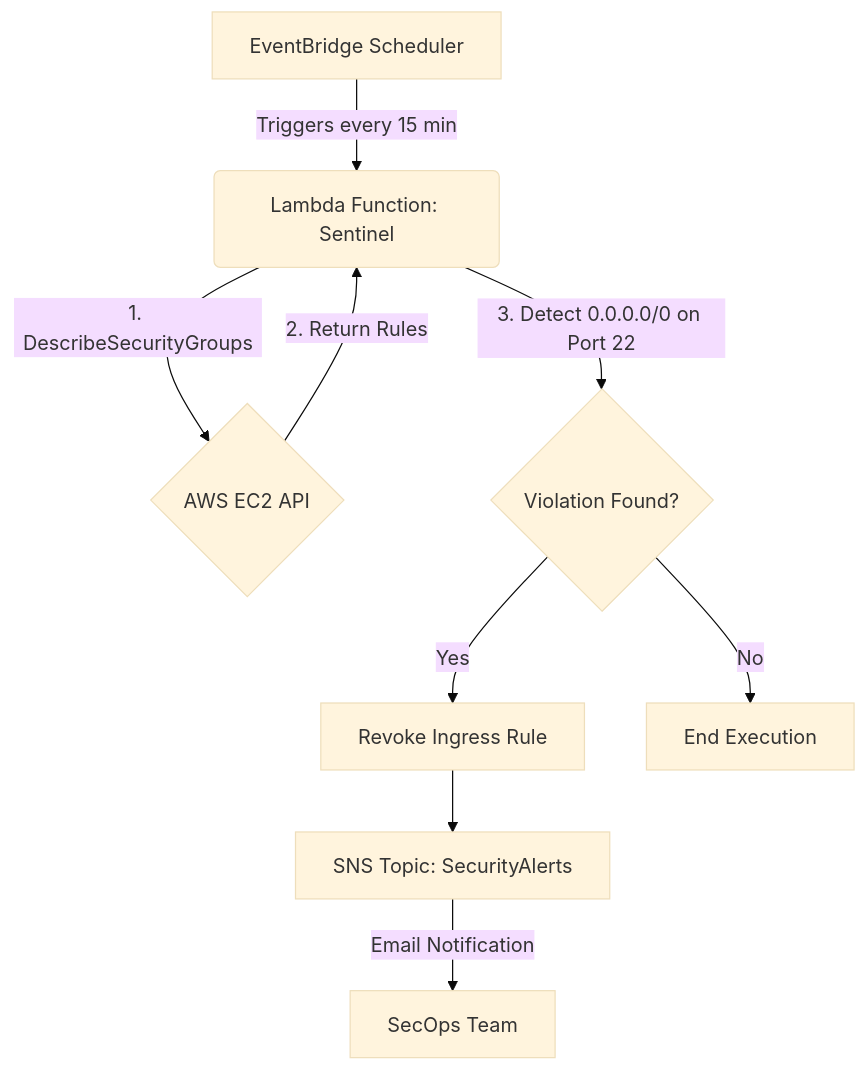
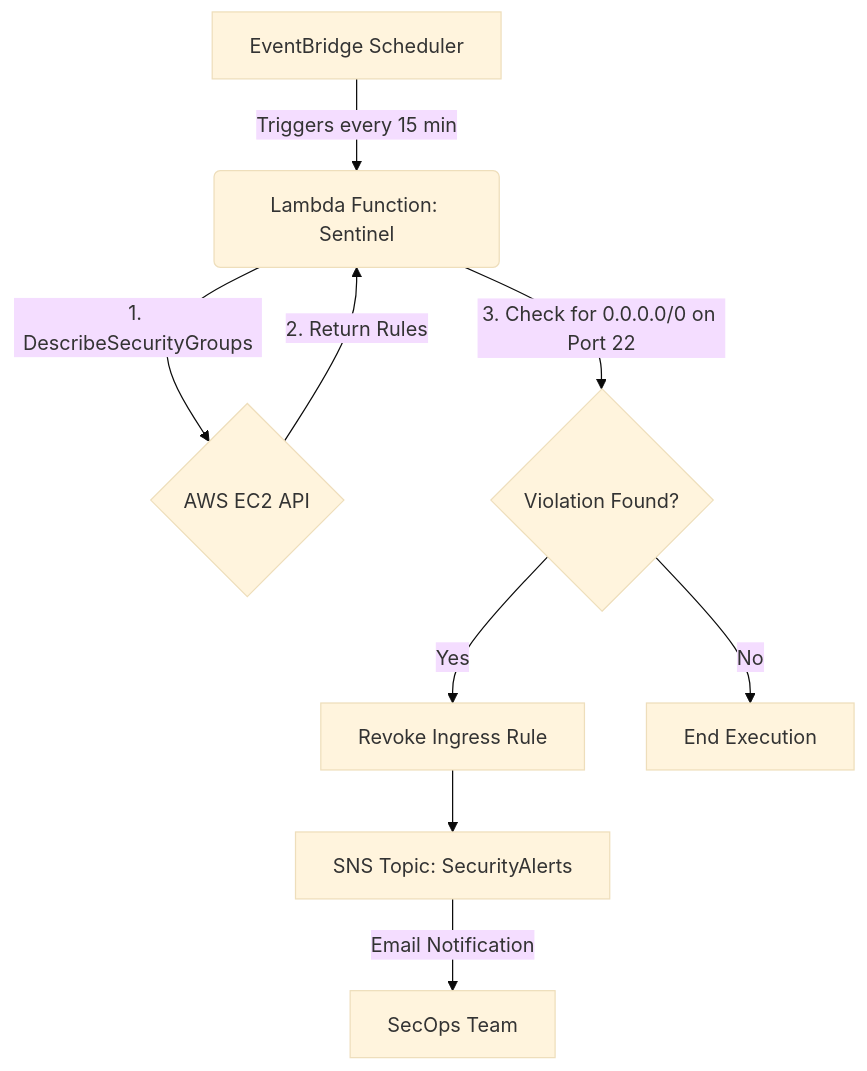
Before and after one commit to ItsA7/aws-automated-compliance-engine: the diagram in README.md, drawn with Mermaid (base theme). The commit also changed other lines of this file, not shown here.

````diff
--- a/README.md
+++ b/README.md
@@ -14,11 +14,11 @@
 ```mermaid
 graph TD
-    A[EventBridge Scheduler] -->|Triggers every 15 min| B(Lambda Function: Sentinel);
-    B -->|1. DescribeSecurityGroups| C{AWS EC2 API};
-    C -->|2. Return Rules| B;
-    B -->|3. Detect 0.0.0.0/0 on Port 22| D{Violation Found?};
-    D -- Yes --> E[Revoke Ingress Rule];
-    E --> F[SNS Topic: SecurityAlerts];
-    F -->|Email Notification| G[SecOps Team];
-    D -- No --> H[End Execution];
+    A[EventBridge Scheduler] -->|Triggers every 15 min| B(Lambda Function: Sentinel)
+    B -->|1. DescribeSecurityGroups| C{AWS EC2 API}
+    C -->|2. Return Rules| B
+    B -->|3. Check for 0.0.0.0/0 on Port 22| D{Violation Found?}
+    D -- Yes --> E[Revoke Ingress Rule]
+    E --> F[SNS Topic: SecurityAlerts]
+    F -->|Email Notification| G[SecOps Team]
+    D -- No --> H[End Execution]
 ```
````
